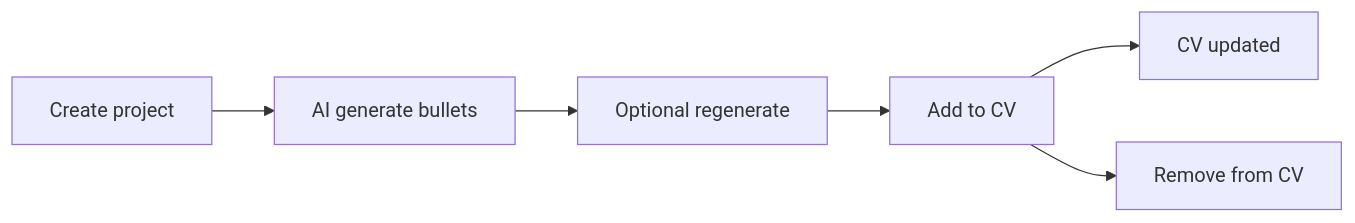
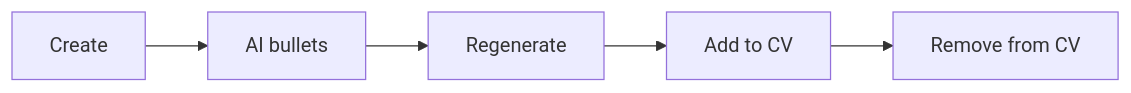
Before and after one commit to dainv123/resumate: the sixth of 10 diagrams in README.md, drawn with Mermaid. The commit also changed other lines of this file and 17 other files, not shown here.

````diff
--- a/README.md
+++ b/README.md
@@ -219,8 +213,7 @@
 ```mermaid
 flowchart LR
-  A[Create project] --> B[AI generate bullets]
-  B --> C[Optional regenerate]
+  A[Create] --> B[AI bullets]
+  B --> C[Regenerate]
   C --> D[Add to CV]
-  D --> E[CV updated]
-  D --> F[Remove from CV]
+  D --> E[Remove from CV]
 ```
````
